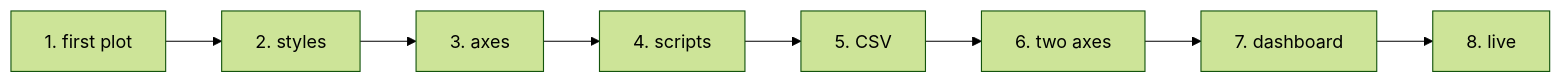
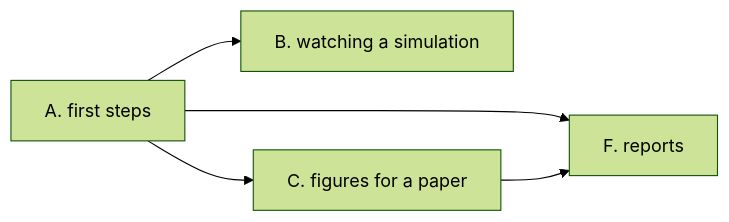
One commit to szaghi/foresight changed the diagram in docs/manual/index.md. Above: the diagram before and after it, drawn with Mermaid (forest theme). The commit also changed other lines of this file and 42 other files, not shown here.

````diff
--- a/docs/manual/index.md
+++ b/docs/manual/index.md
@@ -23,5 +21,7 @@
 ```mermaid
 flowchart LR
-  A[1. first plot] --> B[2. styles] --> C[3. axes] --> D[4. scripts]
-  D --> E[5. CSV] --> F[6. two axes] --> G[7. dashboard] --> H[8. live]
+  A[A. first steps] --> B[B. watching a simulation]
+  A --> C[C. figures for a paper]
+  A --> F[F. reports]
+  C --> F
 ```
````
